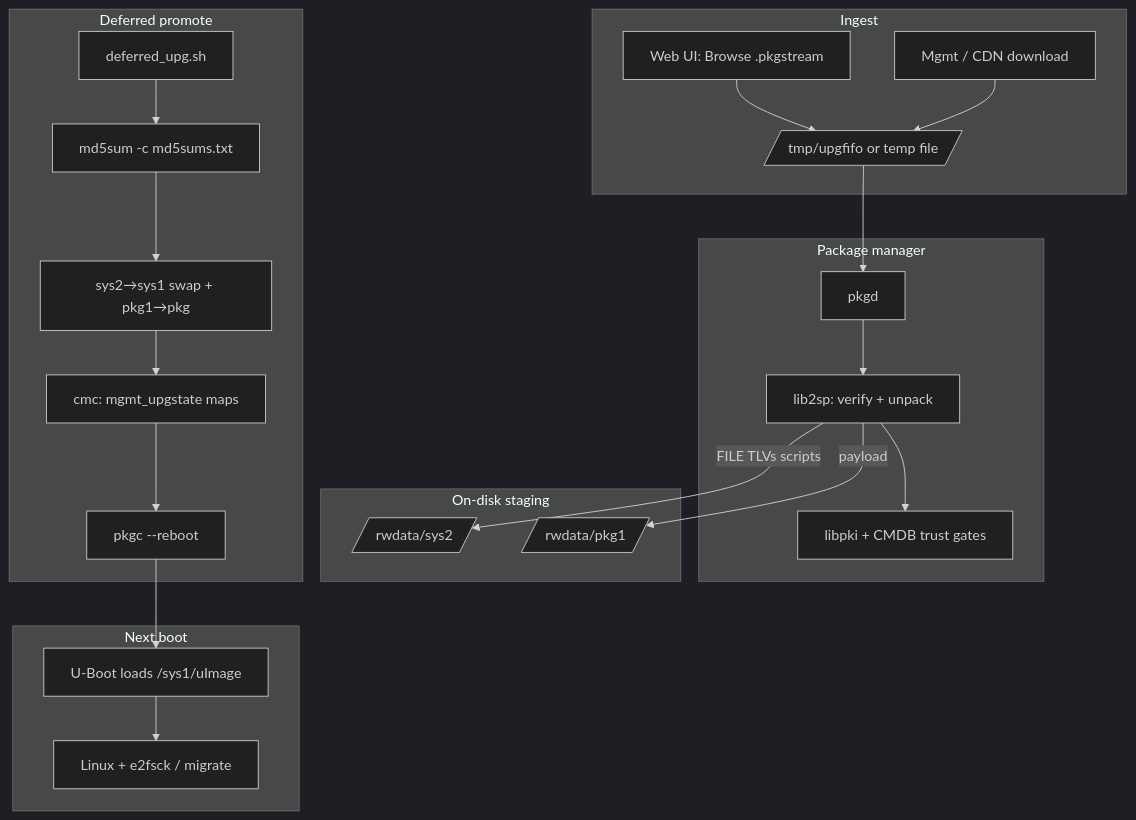
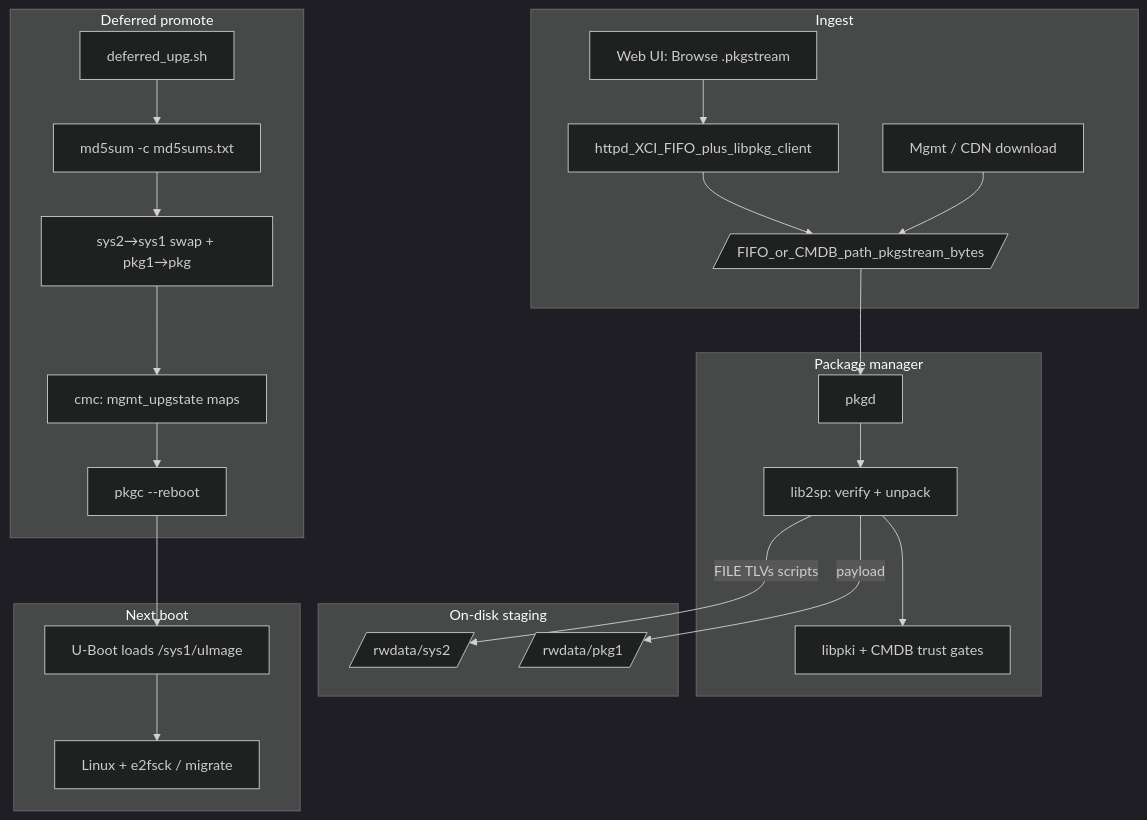
Before and after one commit to b1tninja/5268ac: the first of 5 diagrams in reference/firmware_upgrade_process.md, drawn with Mermaid (dark theme). The commit also changed other lines of this file and 55 other files, not shown here.

Commit message:
Add comprehensive documentation for ACS lab client (`acspy`), board parameters, boot environment, and security implications of CMDB. Includes installation instructions, command usage, and architectural details for various components related to the 5268AC platform.

````diff
--- a/reference/firmware_upgrade_process.md
+++ b/reference/firmware_upgrade_process.md
@@ -37,41 +55,43 @@
 ```mermaid
 flowchart TB
   subgraph ingest [Ingest]
     UI[Web UI: Browse .pkgstream]
+    Httpd[httpd_XCI_FIFO_plus_libpkg_client]
     CDN[Mgmt / CDN download]
-    UI --> FIFO[/tmp/upgfifo or temp file/]
+    UI --> Httpd
+    Httpd --> FIFO[/FIFO_or_CMDB_path_pkgstream_bytes/]
     CDN --> FIFO
   end
 
   subgraph pkg [Package manager]
     PKGD[pkgd]
     L2[lib2sp: verify + unpack]
     PKI[libpki + CMDB trust gates]
     PKGD --> L2
     L2 --> PKI
   end
 
   subgraph stage [On-disk staging]
     SYS2[/rwdata/sys2/]
     PKG1[/rwdata/pkg1/]
     L2 -->|FILE TLVs scripts| SYS2
     L2 -->|payload| PKG1
   end
 
   subgraph defer [Deferred promote]
     DEF[deferred_upg.sh]
     DEF --> MD5[md5sum -c md5sums.txt]
     MD5 --> SWAP[sys2→sys1 swap + pkg1→pkg]
     SWAP --> CMUP[cmc: mgmt_upgstate maps]
     CMUP --> REB[pkgc --reboot]
   end
 
   subgraph boot [Next boot]
     UB[U-Boot loads /sys1/uImage]
     LIN[Linux + e2fsck / migrate]
     UB --> LIN
   end
 
   FIFO --> PKGD
   REB --> UB
 ```
````
